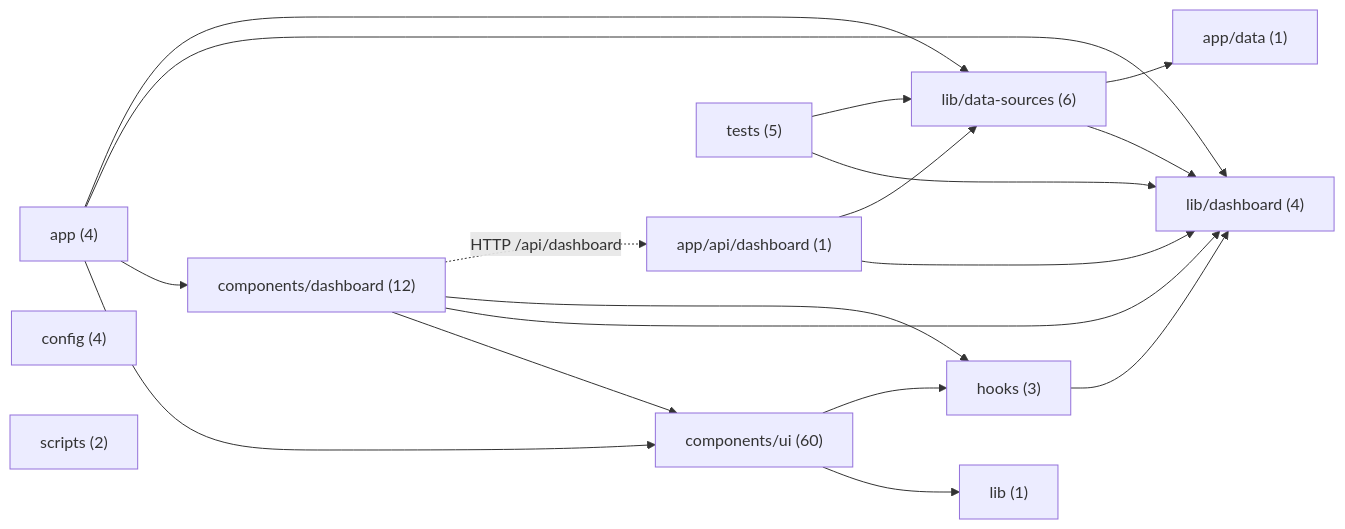
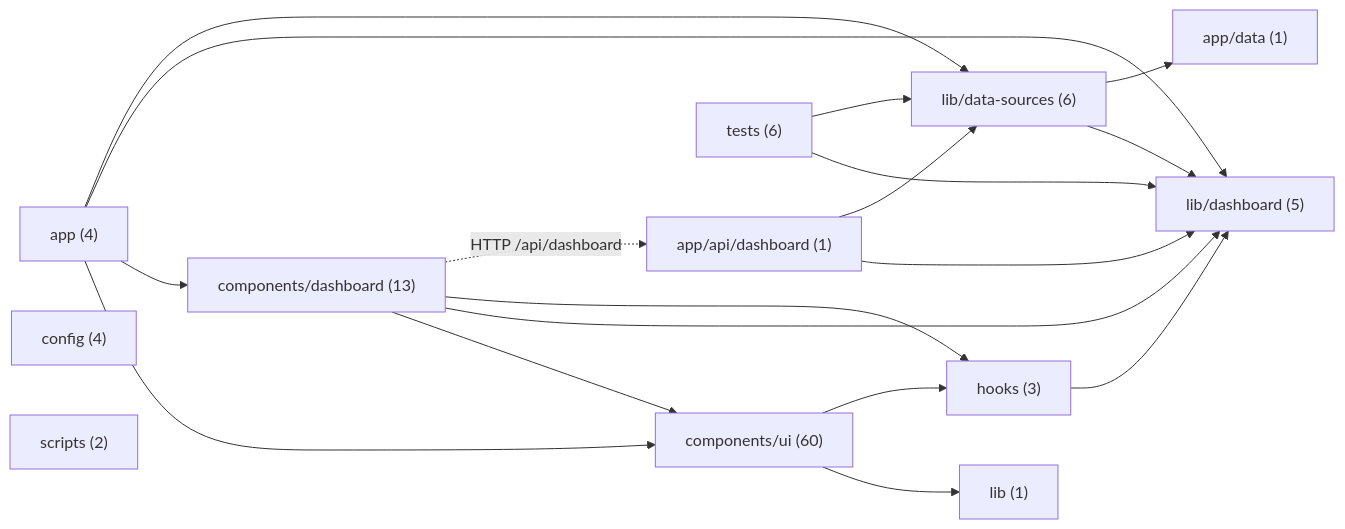
One commit to Danberl4k3/Dashboard changed the diagram in docs/PROJECT_MAP.md. Above: the diagram before and after it, drawn with Mermaid. The commit also changed other lines of this file and 12 other files, not shown here.

````diff
--- a/docs/PROJECT_MAP.md
+++ b/docs/PROJECT_MAP.md
@@ -1,32 +1,32 @@
 ```mermaid
 graph LR
   g0["app (4)"]
   g1["app/api/dashboard (1)"]
   g2["app/data (1)"]
-  g3["components/dashboard (12)"]
+  g3["components/dashboard (13)"]
   g4["components/ui (60)"]
   g5["config (4)"]
   g6["hooks (3)"]
   g7["lib (1)"]
-  g8["lib/dashboard (4)"]
+  g8["lib/dashboard (5)"]
   g9["lib/data-sources (6)"]
   g10["scripts (2)"]
-  g11["tests (5)"]
+  g11["tests (6)"]
   g1 --> g8
   g1 --> g9
   g0 --> g4
   g0 --> g3
   g0 --> g8
   g0 --> g9
   g3 --> g4
   g3 --> g8
   g3 --> g6
   g3 -.->|"HTTP /api/dashboard"| g1
   g4 --> g7
   g4 --> g6
   g6 --> g8
   g9 --> g8
   g9 --> g2
   g11 --> g8
   g11 --> g9
 ```
````
